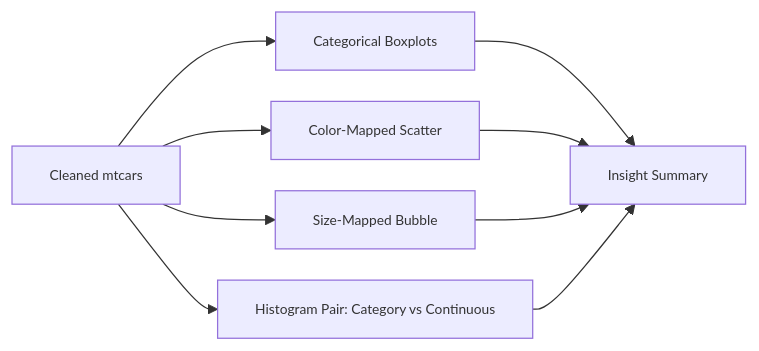
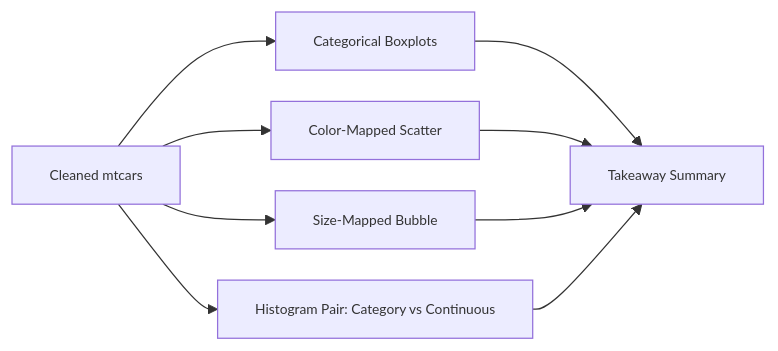
The second of 2 diagrams in README.md (PranikaC/Cars_Visualization_MtCars), drawn with Mermaid before and after one commit. The commit also changed other lines of this file, not shown here.

````diff
--- a/README.md
+++ b/README.md
@@ -120,12 +120,12 @@
 ```mermaid
 %%{init: {"theme": "default", "themeVariables": {"fontSize": "11px"}, "flowchart": {"nodeSpacing": 25, "rankSpacing": 30}}}%%
 flowchart LR
     A[Cleaned mtcars] --> B[Categorical Boxplots]
     A --> C[Color-Mapped Scatter]
     A --> D[Size-Mapped Bubble]
     A --> E[Histogram Pair: Category vs Continuous]
-    B --> F[Insight Summary]
+    B --> F[Takeaway Summary]
     C --> F
     D --> F
     E --> F
 ```
````
